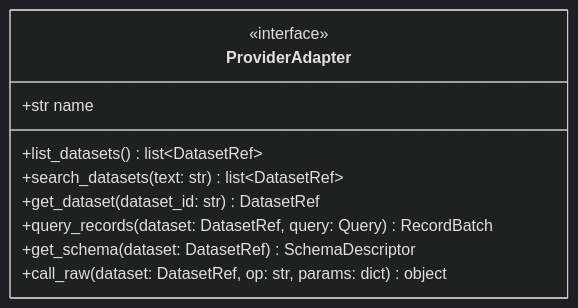
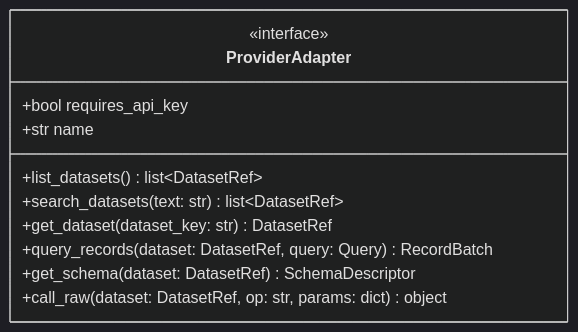
One commit to kpubdata-lab/kpubdata changed the third of 4 diagrams in PROVIDER_ADAPTER_CONTRACT.md. Above: the diagram before and after it, drawn with Mermaid (dark theme). The commit also changed other lines of this file and 5 other files, not shown here.

First line of the commit message:
docs: align SDK architecture and compatibility guidance with version 0.9 (#856)

````diff
--- a/PROVIDER_ADAPTER_CONTRACT.md
+++ b/PROVIDER_ADAPTER_CONTRACT.md
@@ -159,13 +183,14 @@
 ```mermaid
 classDiagram
     class ProviderAdapter {
         <<interface>>
+        +bool requires_api_key
         +str name
         +list_datasets() list~DatasetRef~
         +search_datasets(text: str) list~DatasetRef~
-        +get_dataset(dataset_id: str) DatasetRef
+        +get_dataset(dataset_key: str) DatasetRef
         +query_records(dataset: DatasetRef, query: Query) RecordBatch
         +get_schema(dataset: DatasetRef) SchemaDescriptor
         +call_raw(dataset: DatasetRef, op: str, params: dict) object
     }
 ```
````
